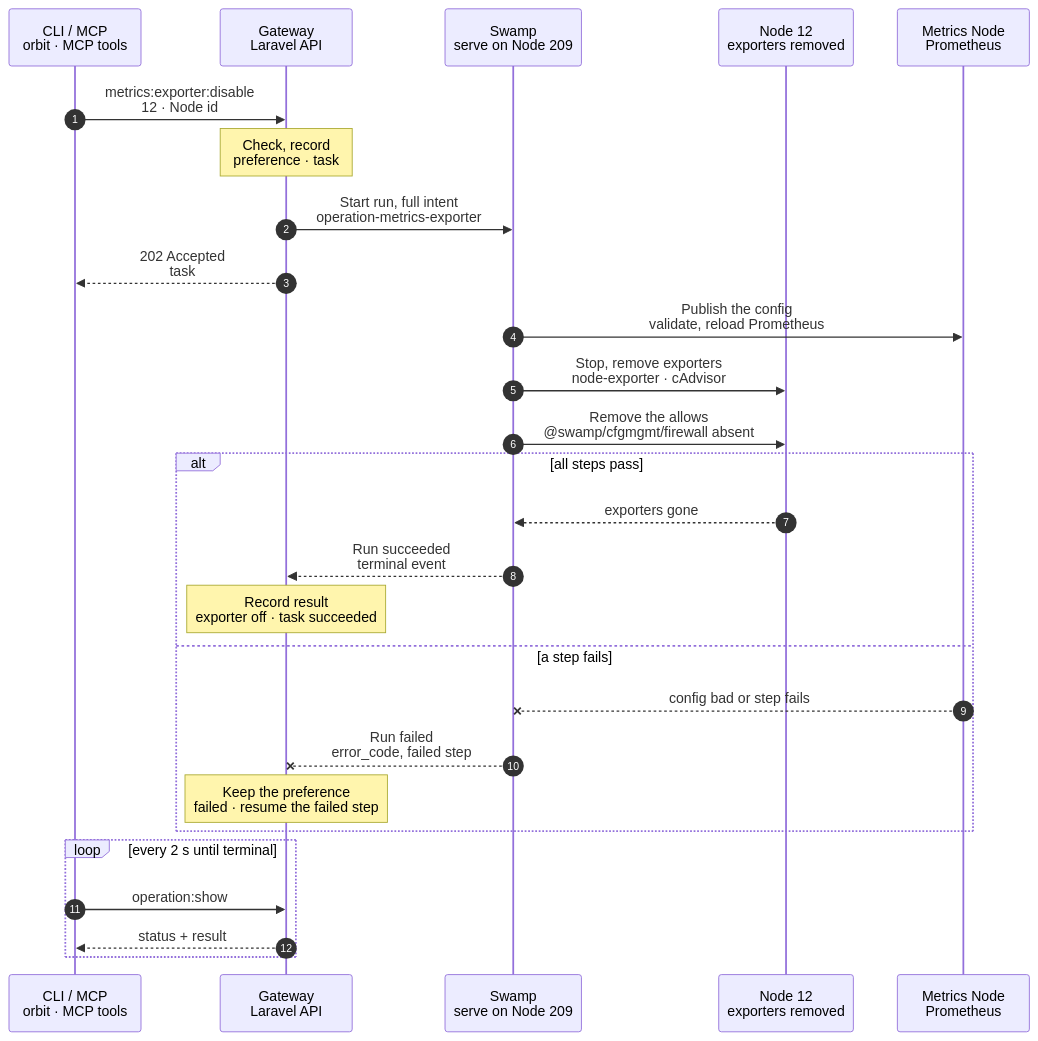
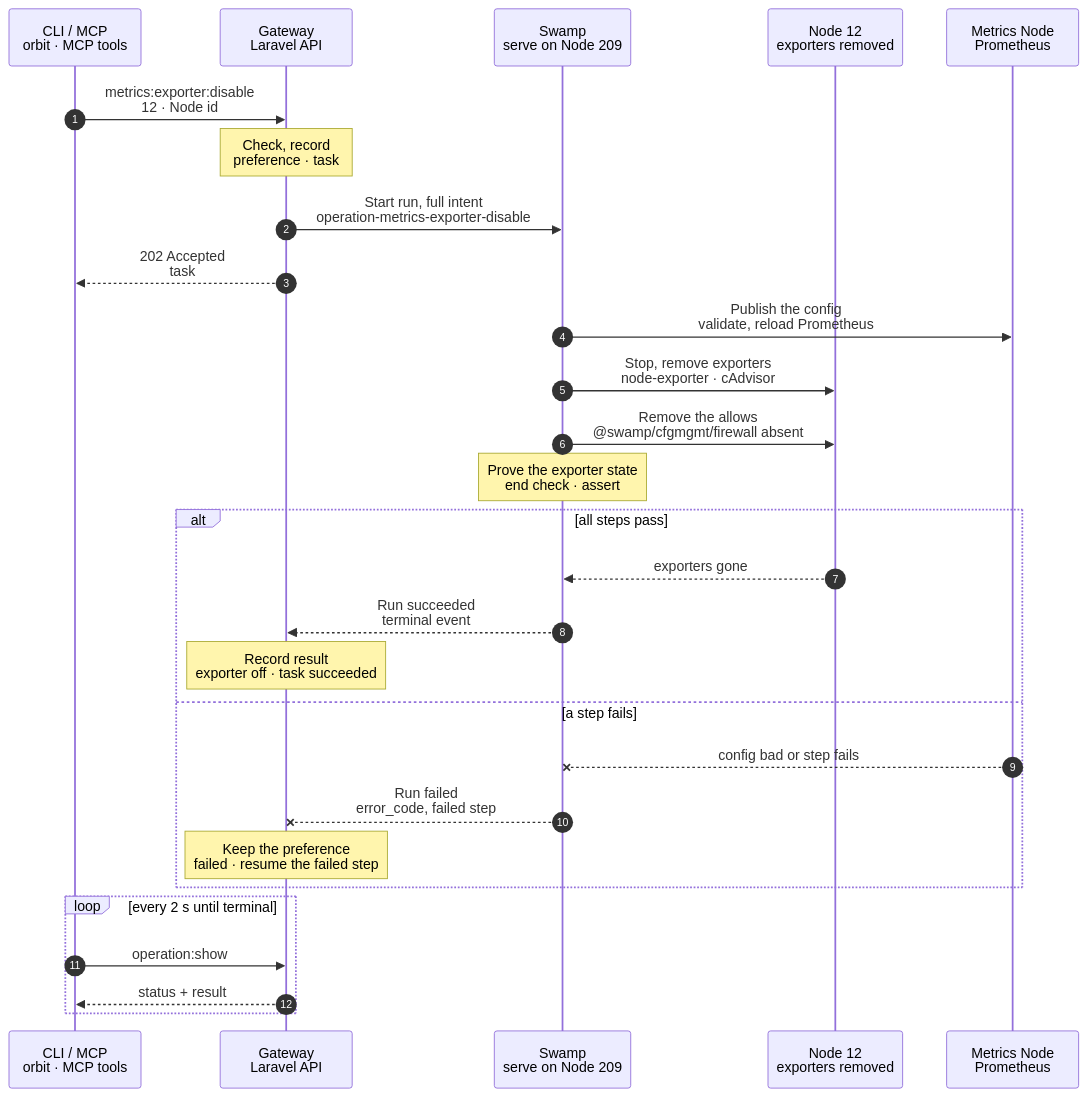
The diagram in docs/cli/metrics/exporter-disable.mmd (hardimpactdev/orbit), drawn with Mermaid before and after one commit. The commit also changed 19 other files, not shown here.

Commit message:
wip: metrics exporter port

```diff
--- a/docs/cli/metrics/exporter-disable.mmd
+++ b/docs/cli/metrics/exporter-disable.mmd
@@ -1,97 +1,102 @@
 sequenceDiagram
   %% Target design: inverse of metrics.exporter_enable. ADR 0244 task, DECISIONS R1-R4, official @swamp/cfgmgmt behaviors. Prometheus stops scraping first, then the exporters go.
   %% Tightened: flow-tighten 2026-11-02, rule 22 (allows removed with cfgmgmt firewall).
   %% status: reviewed
   %% command: metrics:exporter:disable
   %% kind: metrics.exporter_disable
   autonumber
   %% lane CLI icon=terminal pill=caller tone=gray
   %% lane GW icon=gateway pill=intent tone=blue
   %% lane SW icon=workflow pill=executes tone=green
   %% lane N icon=server pill=target tone=amber
   %% lane M icon=server pill=target tone=purple
   participant CLI as CLI / MCP<br/>orbit · MCP tools
   participant GW as Gateway<br/>Laravel API
   participant SW as Swamp<br/>serve on Node 209
   participant N as Node 12<br/>exporters removed
   participant M as Metrics Node<br/>Prometheus
   CLI->>GW: metrics:exporter:disable<br/>12 · Node id
   %%> Command:
   %%> - `orbit metrics:exporter:disable 12`
   %%> - syntax: `<node>`
   %%> What it does:
   %%> - stops collecting metrics from Node 12 and removes its exporters
   %%> - metrics already collected stay in Prometheus until they expire (7 days)
   Note over GW: Check, record<br/>preference · task #5141
   %%> Requirements:
   %%> - your Node has an access grant to Node 12
   %%> - Node 12 is not the Metrics Node itself
   %%> - no other exporter change runs for this Metrics Node; the Gateway holds one lock
   %%> Builds:
   %%> - the complete new Prometheus configuration, without Node 12
   %%> Result:
   %%> - Node 12's exporter preference recorded as `disabled`
   %%> - task #5141 recorded with the full intent
   %%> - nothing has happened on any Node yet
-  GW->>SW: Start run, full intent<br/>operation-metrics-exporter
+  GW->>SW: Start run, full intent<br/>operation-metrics-exporter-disable
   %%> What it does:
   %%> - starts one Swamp run on serve (Node 209)
   %%> Inputs:
   %%> - Node 12's and the Metrics Node's addresses and SSH host keys
   %%> - the complete Prometheus configuration without Node 12
   GW-->>CLI: 202 Accepted<br/>task #5141
   %%> What you get:
   %%> - the task number, at once
   %%> Next:
   %%> - the CLI follows the task with `operation:show`
   SW->>M: Publish the config<br/>validate, reload Prometheus
   %%> What it does:
   %%> - validates the configuration without Node 12 with `promtool`
-  %%> - publishes it and tells Prometheus to reload it while running (SIGHUP or its reload endpoint)
+  %%> - copies it over the live file in place (Prometheus bind-mounts the file) and sends Prometheus SIGHUP, so it reloads while running
   %%> - no restart, so collection from every other Node continues without a gap; Grafana keeps running
   %%> When a restart is needed:
   %%> - only when the Prometheus container itself changes, which is a role update, not an exporter change
   %%> Why first:
   %%> - Prometheus stops scraping Node 12 before its exporters go, so no scrape errors show up in between
   SW->>N: Stop, remove exporters<br/>node-exporter · cAdvisor
   %%> What it does:
   %%> - stops and disables both units
   %%> - removes the drop-in, the cAdvisor binary and the `prometheus-node-exporter` package
   %%> How:
   %%> - official `@swamp/cfgmgmt` behaviors (systemd, file, apt) over SSH from 209
   SW->>N: Remove the allows<br/>@swamp/cfgmgmt/firewall absent
   %%> What it does:
   %%> - removes the firewall allows for the Metrics Node on ports 9100 and 9102, with `ensure: absent`
+  Note over SW: Prove the exporter state<br/>end check · assert
+  %%> What it does:
+  %%> - Publish the config already proved that Prometheus no longer lists Node 12's exporter address
+  %%> - requires the exporter removal to have succeeded; it is the operation's end check
+  %%> - with no Metrics Node it passes at once, because only the preference is recorded
   alt all steps pass
     N-->>SW: exporters gone
     %%> Returns:
     %%> - both units are gone and the ports are closed
     SW-->>GW: Run succeeded<br/>terminal event
     %%> How the Gateway learns it:
     %%> - its shared run reader sees the terminal event; Swamp never calls the Gateway
     Note over GW: Record result<br/>exporter off · task succeeded
     %%> Result:
     %%> - Node 12's exporter recorded as off
     %%> - task #5141 succeeds
   else a step fails
     M--xSW: config bad or step fails
     %%> When:
     %%> - the configuration doesn't validate, Prometheus isn't ready, or a removal step fails
     SW--xGW: Run failed<br/>error_code, failed step
     %%> The Gateway reads:
     %%> - which step failed and its error code
     Note over GW: Keep the preference<br/>failed · resume the failed step
     %%> Result:
     %%> - the preference stays `disabled`; the exporter is marked failed
     %%> - task #5141 fails
     %%> Retry:
     %%> - Swamp resumes from the failed step; finished steps don't run again
   end
   loop every 2 s until terminal
     CLI->>GW: operation:show #5141
     %%> What it does:
     %%> - asks for the task's status every 2 seconds until it has ended
     GW-->>CLI: status + result
     %%> Returns:
     %%> - the current status, and the result once the task has ended
   end
```
